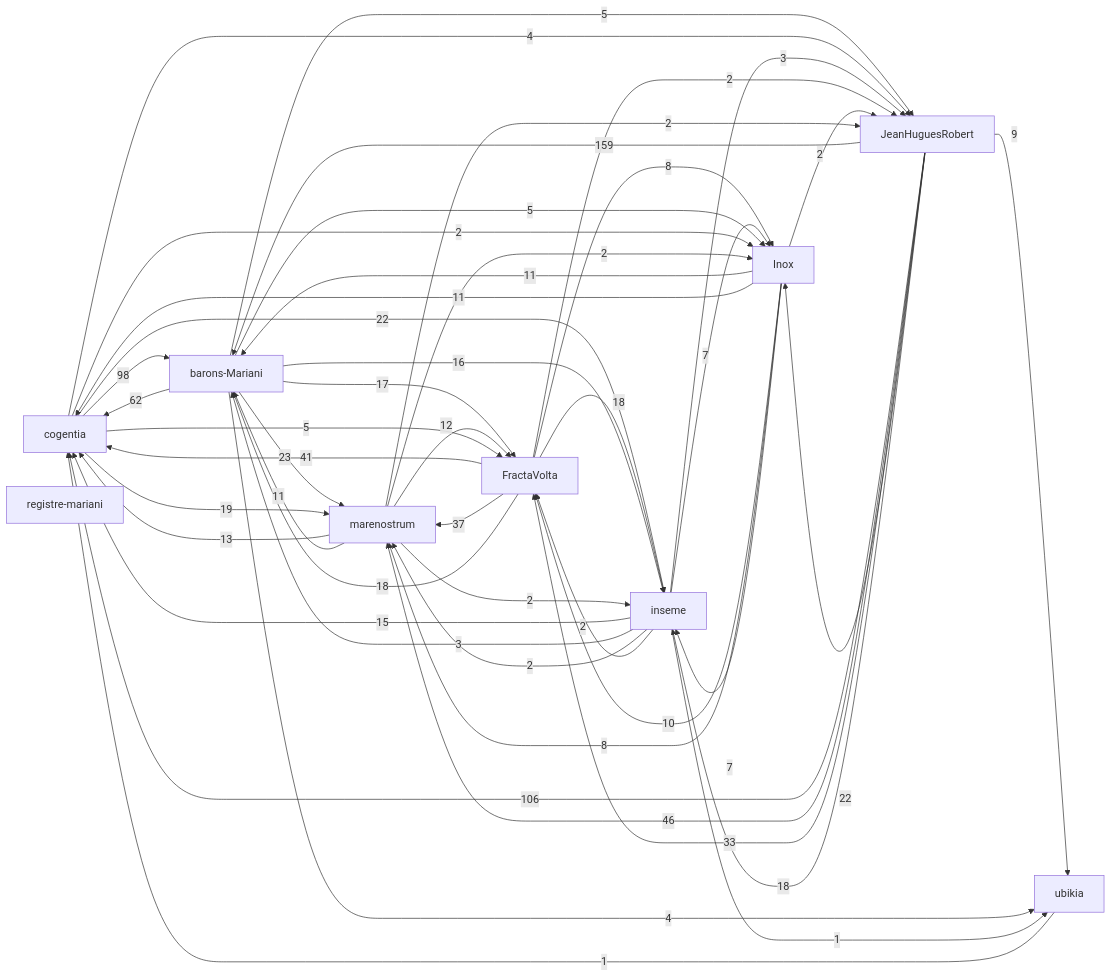
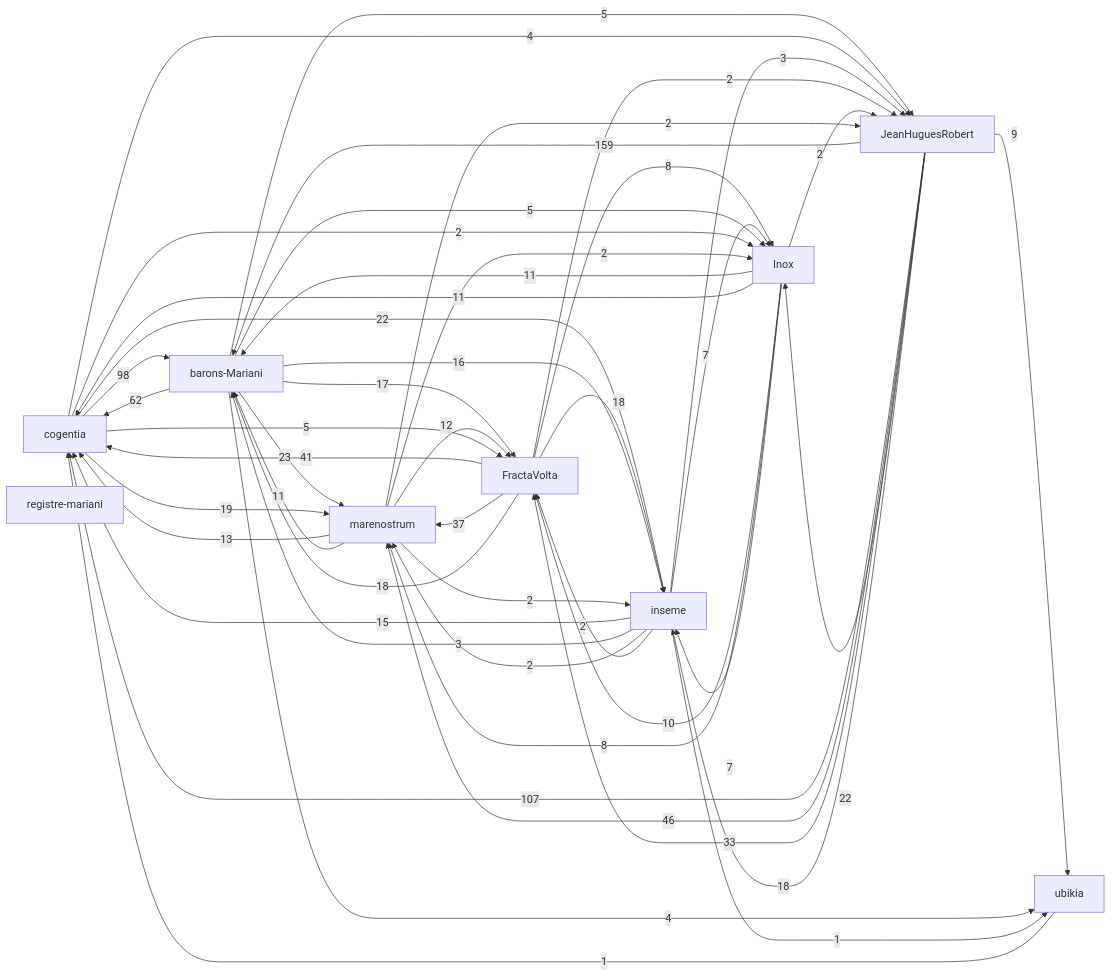
Before and after one commit to JeanHuguesRobert/FractaVolta: the first of 2 diagrams in research/corpus-status.md, drawn with Mermaid. The commit also changed 2 other files, not shown here.

Commit message:
Refresh backlinks for corpus start page

````diff
--- a/research/corpus-status.md
+++ b/research/corpus-status.md
@@ -45,58 +45,58 @@
 ```mermaid
 graph LR
   r_cogentia["cogentia"]
   r_fractavolta["FractaVolta"]
   r_marenostrum["marenostrum"]
   r_barons_mariani["barons-Mariani"]
   r_inseme["inseme"]
   r_inox["Inox"]
   r_registre_mariani["registre-mariani"]
   r_ubikia["ubikia"]
   r_jeanhuguesrobert["JeanHuguesRobert"]
   r_jeanhuguesrobert -->|159| r_barons_mariani
-  r_jeanhuguesrobert -->|106| r_cogentia
+  r_jeanhuguesrobert -->|107| r_cogentia
   r_cogentia -->|98| r_barons_mariani
   r_barons_mariani -->|62| r_cogentia
   r_jeanhuguesrobert -->|46| r_marenostrum
   r_fractavolta -->|41| r_cogentia
   r_fractavolta -->|37| r_marenostrum
   r_jeanhuguesrobert -->|33| r_fractavolta
   r_barons_mariani -->|23| r_marenostrum
   r_cogentia -->|22| r_inseme
   r_jeanhuguesrobert -->|22| r_inox
   r_cogentia -->|19| r_marenostrum
   r_fractavolta -->|18| r_inseme
   r_fractavolta -->|18| r_barons_mariani
   r_jeanhuguesrobert -->|18| r_inseme
   r_barons_mariani -->|17| r_fractavolta
   r_barons_mariani -->|16| r_inseme
   r_inseme -->|15| r_cogentia
   r_marenostrum -->|13| r_cogentia
   r_marenostrum -->|12| r_fractavolta
   r_inox -->|11| r_barons_mariani
   r_inox -->|11| r_cogentia
   r_marenostrum -->|11| r_barons_mariani
   r_inox -->|10| r_fractavolta
   r_jeanhuguesrobert -->|9| r_ubikia
   r_fractavolta -->|8| r_inox
   r_inox -->|8| r_marenostrum
   r_inox -->|7| r_inseme
   r_inseme -->|7| r_inox
   r_barons_mariani -->|5| r_inox
   r_barons_mariani -->|5| r_jeanhuguesrobert
   r_cogentia -->|5| r_fractavolta
   r_barons_mariani -->|4| r_ubikia
   r_cogentia -->|4| r_jeanhuguesrobert
   r_inseme -->|3| r_barons_mariani
   r_inseme -->|3| r_jeanhuguesrobert
   r_cogentia -->|2| r_inox
   r_fractavolta -->|2| r_jeanhuguesrobert
   r_inox -->|2| r_jeanhuguesrobert
   r_inseme -->|2| r_marenostrum
   r_inseme -->|2| r_fractavolta
   r_marenostrum -->|2| r_jeanhuguesrobert
   r_marenostrum -->|2| r_inseme
   r_marenostrum -->|2| r_inox
   r_inseme -->|1| r_ubikia
   r_ubikia -->|1| r_cogentia
 ```
````
